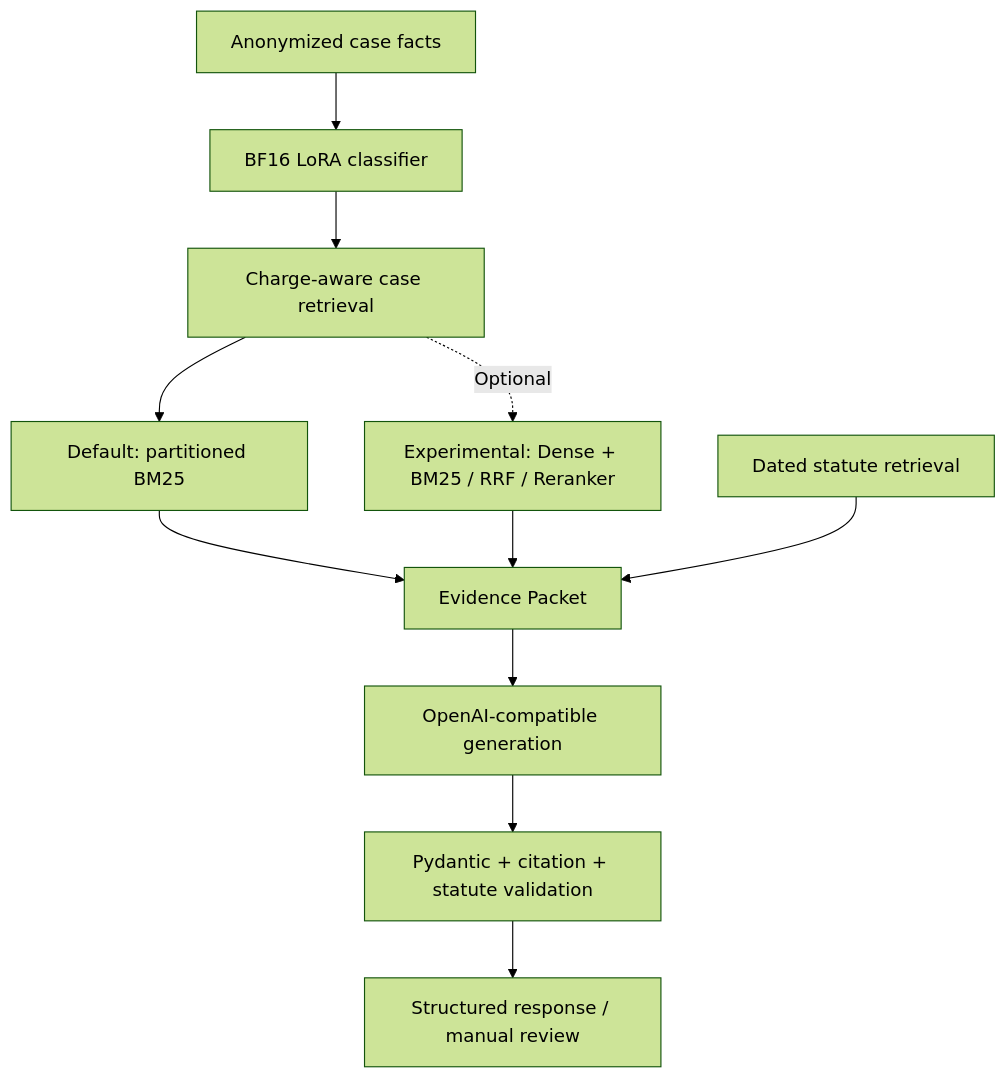
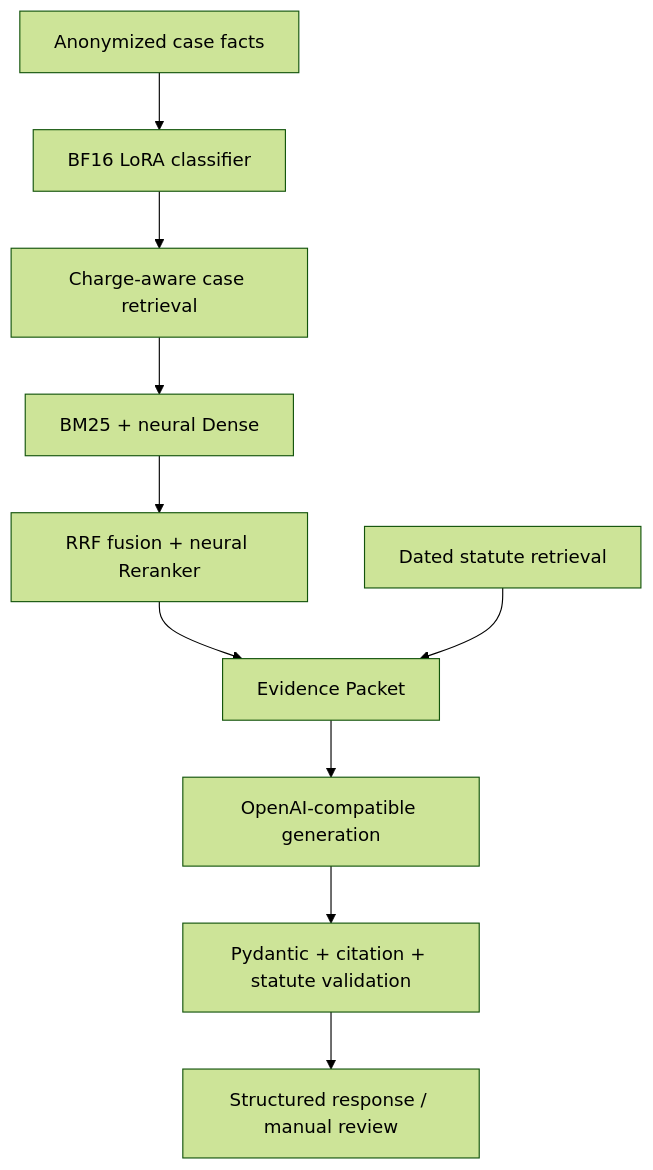
The diagram in README.md (zhuzhenxiang93-create/LegalMind), drawn with Mermaid (forest theme) before and after one commit. The commit also changed other lines of this file and 47 other files, not shown here.

````diff
--- a/README.md
+++ b/README.md
@@ -44,13 +46,12 @@
 ```mermaid
 flowchart TD
     A[Anonymized case facts] --> B[BF16 LoRA classifier]
     B --> C[Charge-aware case retrieval]
-    C --> D[Default: partitioned BM25]
-    C -. Optional .-> E[Experimental: Dense + BM25 / RRF / Reranker]
-    D --> F[Evidence Packet]
-    E --> F
+    C --> D[BM25 + neural Dense]
+    D --> E[RRF fusion + neural Reranker]
+    E --> F[Evidence Packet]
     G[Dated statute retrieval] --> F
     F --> H[OpenAI-compatible generation]
     H --> I[Pydantic + citation + statute validation]
     I --> J[Structured response / manual review]
 ```
````
